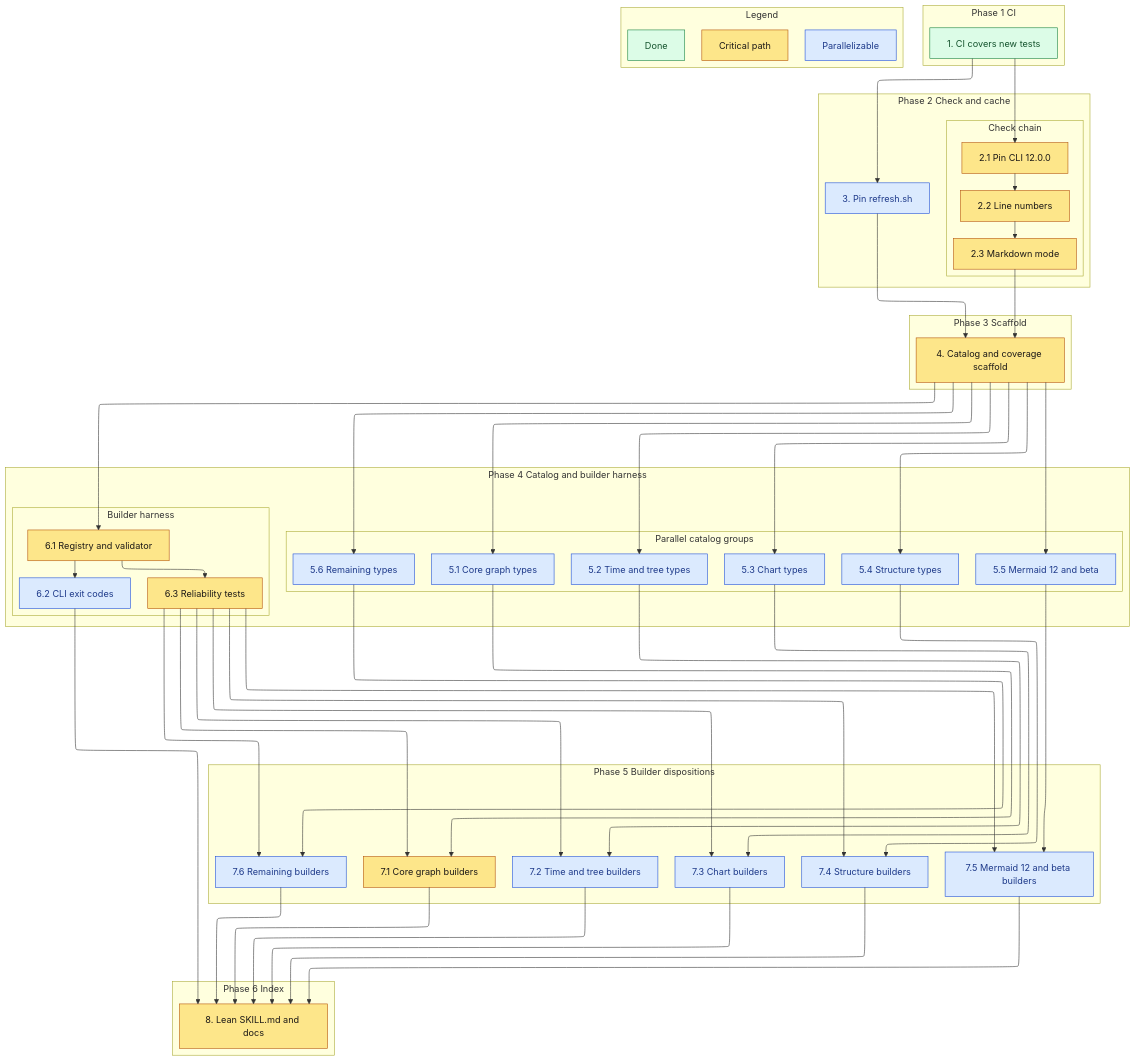
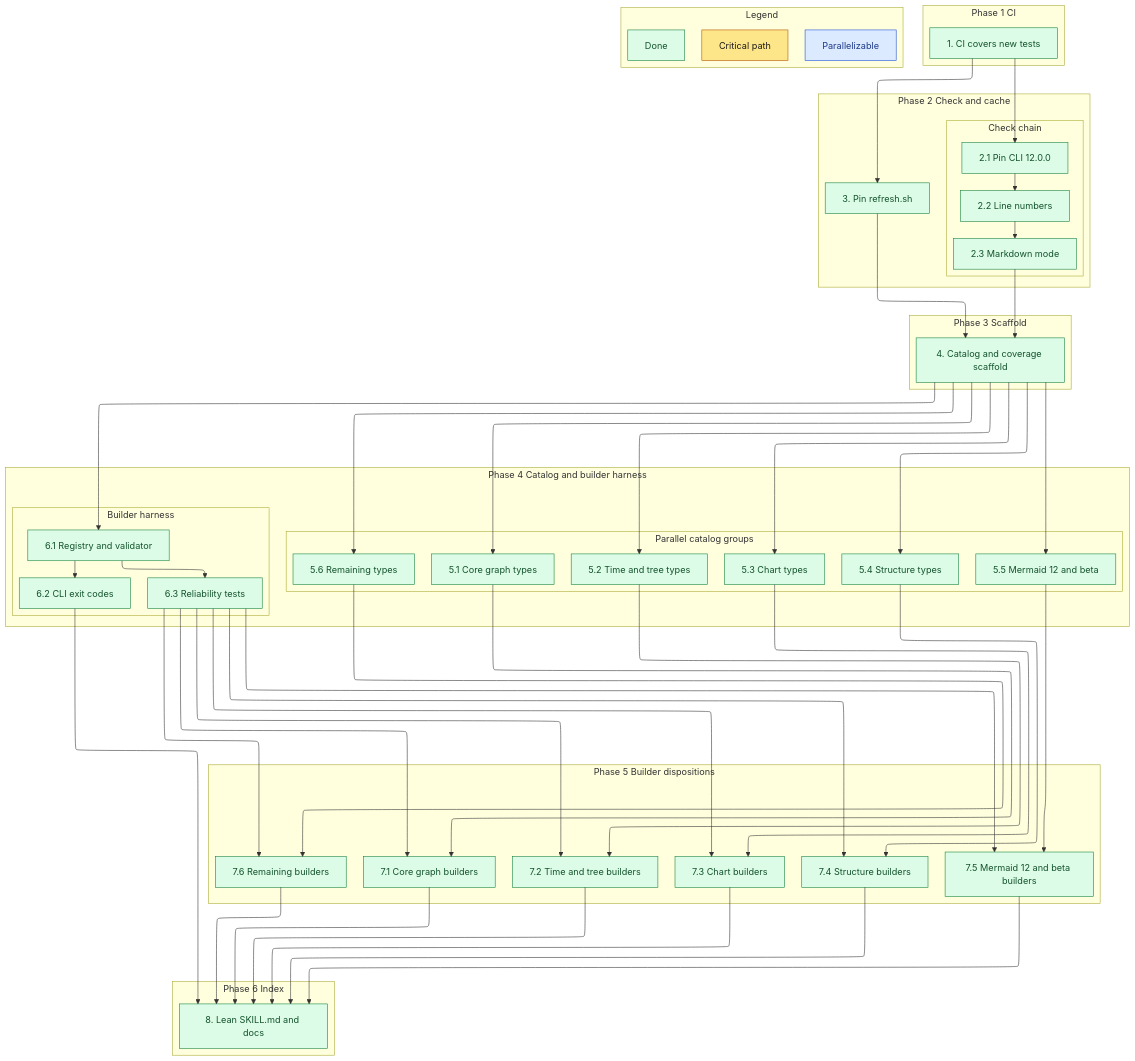
Before and after one commit to sohampatwardhan/mermaid-skill: the diagram in .kiro/specs/mermaid-catalog/tasks.md, drawn with Mermaid. The commit also changed other lines of this file and 202 other files, not shown here.

First line of the commit message:
feat: per-type Mermaid catalog and 100%-reliable optional IR builders (#4)

````diff
--- a/.kiro/specs/mermaid-catalog/tasks.md
+++ b/.kiro/specs/mermaid-catalog/tasks.md
@@ -94,7 +94,7 @@
   classDef critical fill:#fde68a,stroke:#b45309,color:#1c1917
   classDef parallel fill:#dbeafe,stroke:#1d4ed8,color:#1e3a8a
   classDef done fill:#dcfce7,stroke:#15803d,color:#14532d
-  class t1,ld done
-  class t2_1,t2_2,t2_3,t4,t6_1,t6_3,t7_1,t8,lc critical
-  class t3,t5_1,t5_2,t5_3,t5_4,t5_5,t5_6,t6_2,t7_2,t7_3,t7_4,t7_5,t7_6,lp parallel
+  class t1,t2_1,t2_2,t2_3,t3,t4,t5_1,t5_2,t5_3,t5_4,t5_5,t5_6,t6_1,t6_2,t6_3,t7_1,t7_2,t7_3,t7_4,t7_5,t7_6,t8,ld done
+  class lc critical
+  class lp parallel
 ```
````
